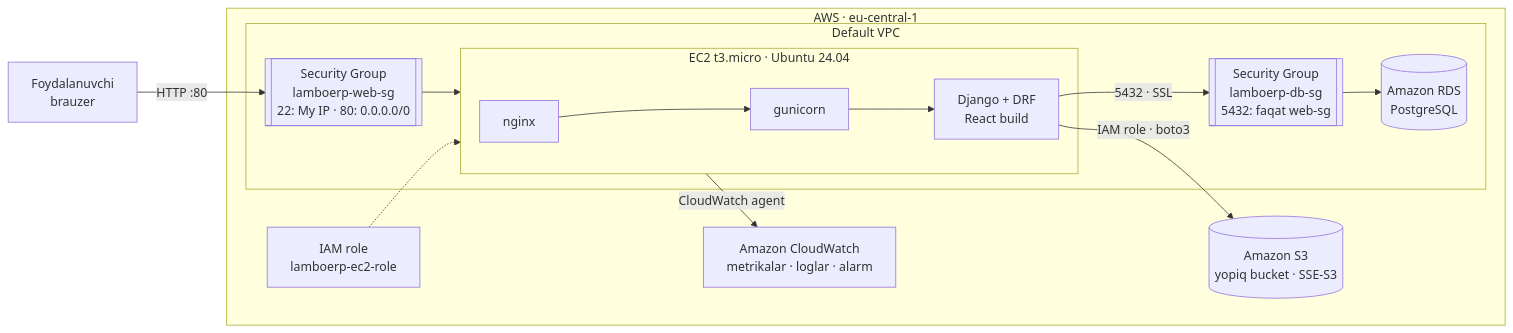
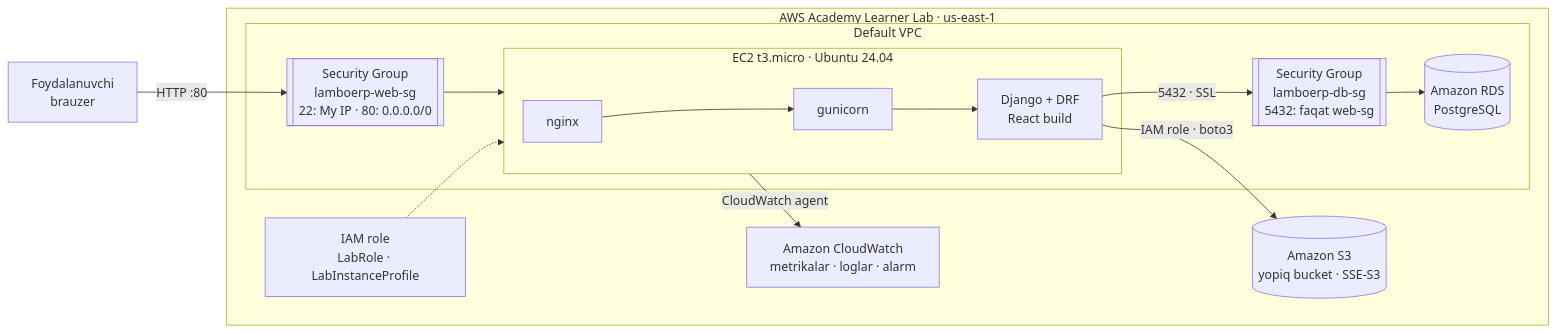
One commit to erkinov0117d/lamboerp changed the diagram in docs/HISOBOT.md. Above: the diagram before and after it, drawn with Mermaid. The commit also changed other lines of this file and 11 other files, not shown here.

First line of the commit message:
AWS Academy Learner Lab uchun moslash

````diff
--- a/docs/HISOBOT.md
+++ b/docs/HISOBOT.md
@@ -47,16 +47,16 @@
 ```mermaid
 flowchart LR
     U[Foydalanuvchi<br/>brauzer] -->|HTTP :80| SG1
-    subgraph AWS["AWS · eu-central-1"]
+    subgraph AWS["AWS Academy Learner Lab · us-east-1"]
         subgraph VPC["Default VPC"]
             SG1[["Security Group<br/>lamboerp-web-sg<br/>22: My IP · 80: 0.0.0.0/0"]] --> EC2
             subgraph EC2["EC2 t3.micro · Ubuntu 24.04"]
                 N[nginx] --> G[gunicorn] --> D[Django + DRF<br/>React build]
             end
             D -->|5432 · SSL| SG2[["Security Group<br/>lamboerp-db-sg<br/>5432: faqat web-sg"]] --> RDS[(Amazon RDS<br/>PostgreSQL)]
         end
         D -->|IAM role · boto3| S3[(Amazon S3<br/>yopiq bucket · SSE-S3)]
         EC2 -->|CloudWatch agent| CW[Amazon CloudWatch<br/>metrikalar · loglar · alarm]
-        IAM[IAM role<br/>lamboerp-ec2-role] -.-> EC2
+        IAM[IAM role<br/>LabRole · LabInstanceProfile] -.-> EC2
     end
 ```
````
